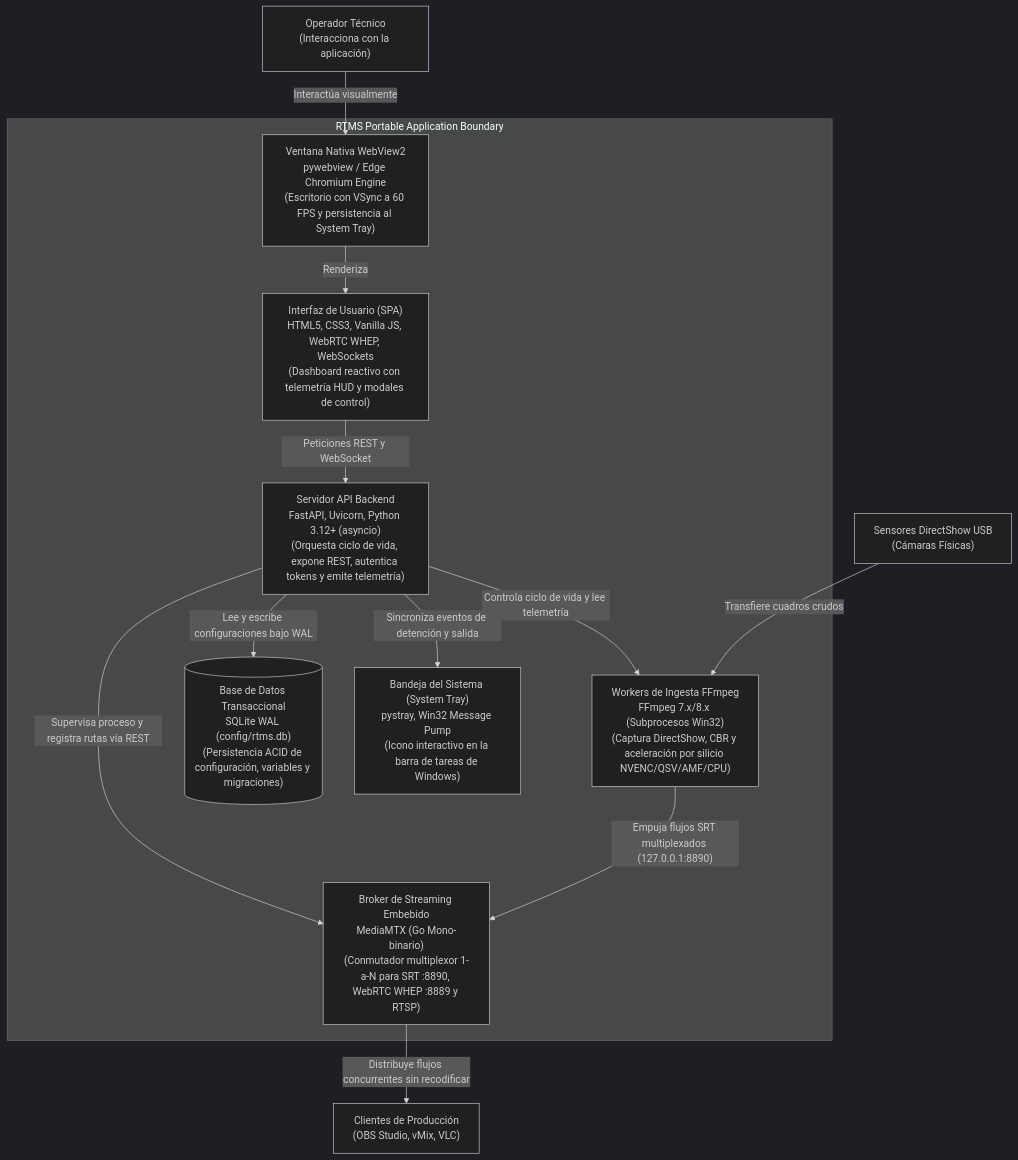
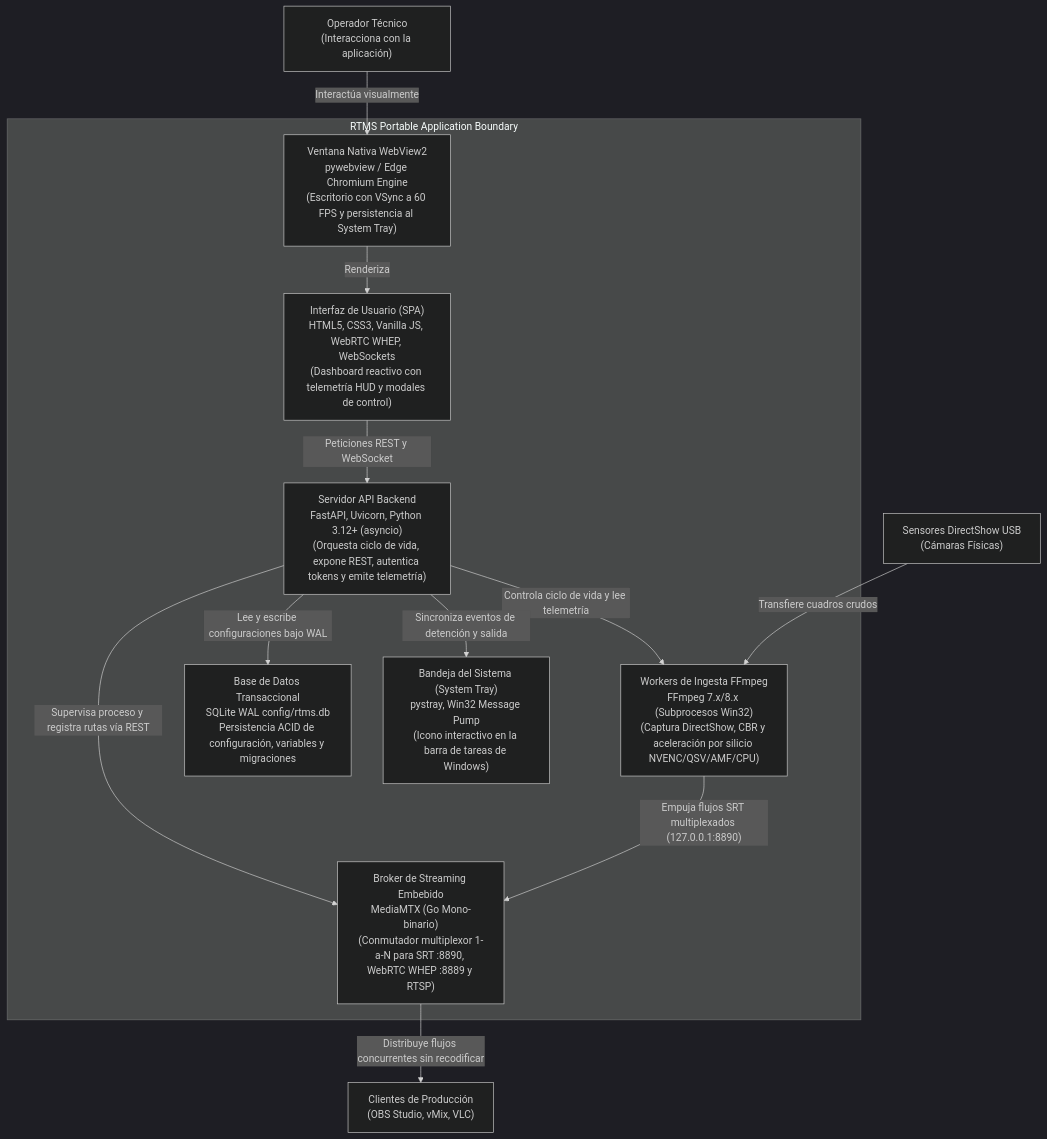
One commit to FJYarsky/RTMS changed the second of 4 diagrams in docs/architecture/c4-system-architecture.md. Above: the diagram before and after it, drawn with Mermaid (dark theme). The commit also changed 5 other files, not shown here.

````diff
--- a/docs/architecture/c4-system-architecture.md
+++ b/docs/architecture/c4-system-architecture.md
@@ -40,28 +40,28 @@
 ```mermaid
 flowchart TB
     user["Operador Técnico<br/>(Interacciona con la aplicación)"]
 
     subgraph RTMS_APP [" RTMS Portable Application Boundary "]
         gui["Interfaz de Usuario (SPA)<br/>HTML5, CSS3, Vanilla JS, WebRTC WHEP, WebSockets<br/>(Dashboard reactivo con telemetría HUD y modales de control)"]
         webview["Ventana Nativa WebView2<br/>pywebview / Edge Chromium Engine<br/>(Escritorio con VSync a 60 FPS y persistencia al System Tray)"]
         backend["Servidor API Backend<br/>FastAPI, Uvicorn, Python 3.12+ (asyncio)<br/>(Orquesta ciclo de vida, expone REST, autentica tokens y emite telemetría)"]
         mediamtx["Broker de Streaming Embebido<br/>MediaMTX (Go Mono-binario)<br/>(Conmutador multiplexor 1-a-N para SRT :8890, WebRTC WHEP :8889 y RTSP)"]
         workers["Workers de Ingesta FFmpeg<br/>FFmpeg 7.x/8.x (Subprocesos Win32)<br/>(Captura DirectShow, CBR y aceleración por silicio NVENC/QSV/AMF/CPU)"]
-        database[("Base de Datos Transaccional<br/>SQLite WAL (config/rtms.db)<br/>(Persistencia ACID de configuración, variables y migraciones)")]
+        database["Base de Datos Transaccional<br/>SQLite WAL config/rtms.db<br/>Persistencia ACID de configuración, variables y migraciones"]
         tray["Bandeja del Sistema (System Tray)<br/>pystray, Win32 Message Pump<br/>(Icono interactivo en la barra de tareas de Windows)"]
     end
 
     dshow_hardware["Sensores DirectShow USB<br/>(Cámaras Físicas)"]
     clients["Clientes de Producción<br/>(OBS Studio, vMix, VLC)"]
 
     user -->|"Interactúa visualmente"| webview
     webview -->|"Renderiza"| gui
     gui -->|"Peticiones REST y WebSocket"| backend
     backend -->|"Lee y escribe configuraciones bajo WAL"| database
     backend -->|"Supervisa proceso y registra rutas vía REST"| mediamtx
     backend -->|"Controla ciclo de vida y lee telemetría"| workers
     backend -->|"Sincroniza eventos de detención y salida"| tray
     dshow_hardware -->|"Transfiere cuadros crudos"| workers
     workers -->|"Empuja flujos SRT multiplexados (127.0.0.1:8890)"| mediamtx
     mediamtx -->|"Distribuye flujos concurrentes sin recodificar"| clients
 ```
````
